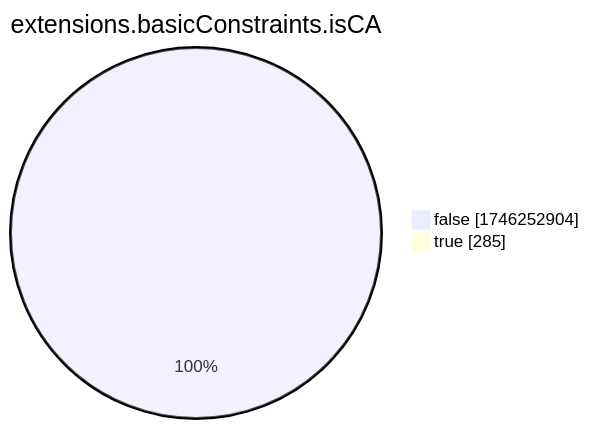
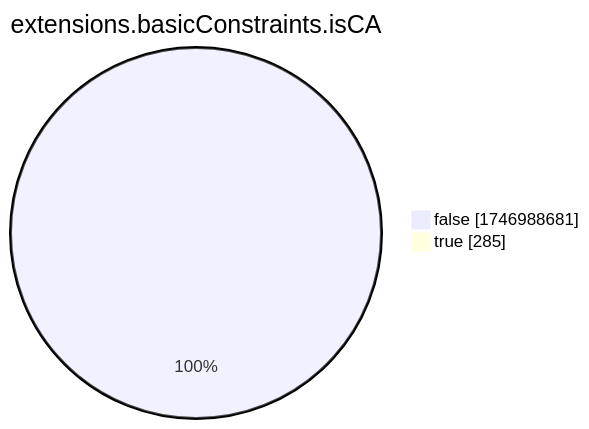
One commit to christiankrug/ctmonitor_visualization changed the eighth of 15 diagrams in xenon2022/README.md. Above: the diagram before and after it, drawn with Mermaid. The commit also changed other lines of this file, not shown here.

````diff
--- a/xenon2022/README.md
+++ b/xenon2022/README.md
@@ -2867,6 +2867,6 @@
 ```mermaid
 pie showData
 title extensions.basicConstraints.isCA
-"false" :1746252904
+"false" :1746988681
 "true" :285
 ```
````
